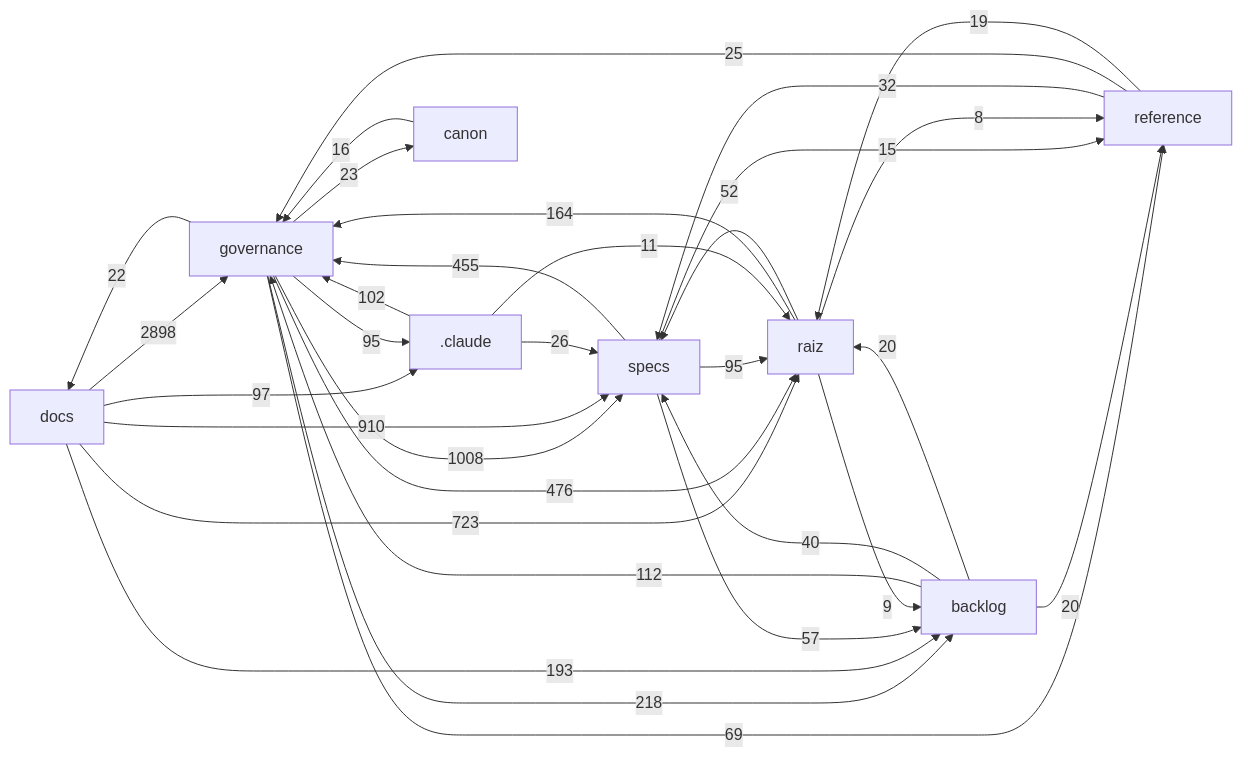
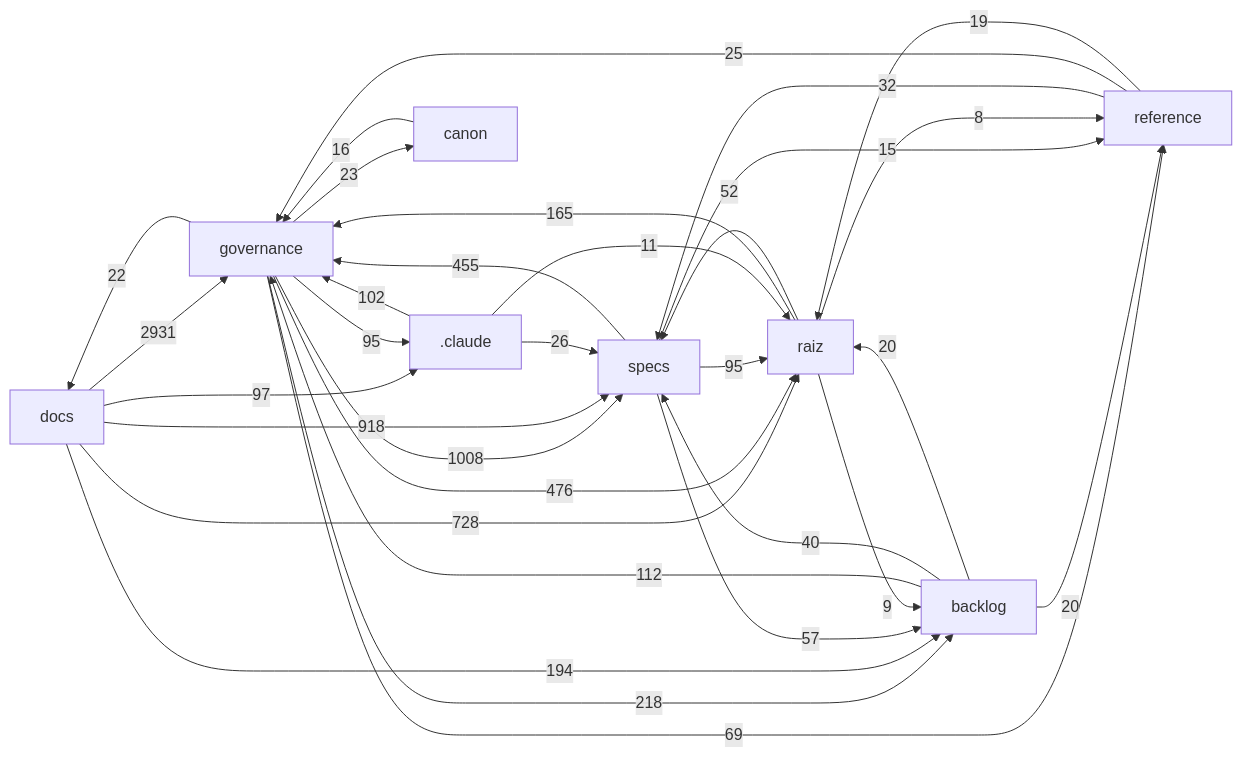
One commit to Andraus35/Sistema-Operacional-de-Trading--SOT changed the diagram in docs/mapa/MAPA-PROJETO.md. Above: the diagram before and after it, drawn with Mermaid. The commit also changed other lines of this file and 4 other files, not shown here.

````diff
--- a/docs/mapa/MAPA-PROJETO.md
+++ b/docs/mapa/MAPA-PROJETO.md
@@ -29,34 +29,34 @@
 ```mermaid
 flowchart LR
-  docs["docs"] -->|2898| governance["governance"]
+  docs["docs"] -->|2931| governance["governance"]
   governance["governance"] -->|1008| specs["specs"]
-  docs["docs"] -->|910| specs["specs"]
-  docs["docs"] -->|723| raiz["raiz"]
+  docs["docs"] -->|918| specs["specs"]
+  docs["docs"] -->|728| raiz["raiz"]
   governance["governance"] -->|476| raiz["raiz"]
   specs["specs"] -->|455| governance["governance"]
   governance["governance"] -->|218| backlog["backlog"]
-  docs["docs"] -->|193| backlog["backlog"]
-  raiz["raiz"] -->|164| governance["governance"]
+  docs["docs"] -->|194| backlog["backlog"]
+  raiz["raiz"] -->|165| governance["governance"]
   backlog["backlog"] -->|112| governance["governance"]
   _claude[".claude"] -->|102| governance["governance"]
   docs["docs"] -->|97| _claude[".claude"]
   governance["governance"] -->|95| _claude[".claude"]
   specs["specs"] -->|95| raiz["raiz"]
   governance["governance"] -->|69| reference["reference"]
   specs["specs"] -->|57| backlog["backlog"]
   raiz["raiz"] -->|52| specs["specs"]
   backlog["backlog"] -->|40| specs["specs"]
   reference["reference"] -->|32| specs["specs"]
   _claude[".claude"] -->|26| specs["specs"]
   reference["reference"] -->|25| governance["governance"]
   governance["governance"] -->|23| canon["canon"]
   governance["governance"] -->|22| docs["docs"]
   backlog["backlog"] -->|20| raiz["raiz"]
   backlog["backlog"] -->|20| reference["reference"]
   reference["reference"] -->|19| raiz["raiz"]
   canon["canon"] -->|16| governance["governance"]
   specs["specs"] -->|15| reference["reference"]
   _claude[".claude"] -->|11| raiz["raiz"]
   raiz["raiz"] -->|9| backlog["backlog"]
   raiz["raiz"] -->|8| reference["reference"]
 ```
````
